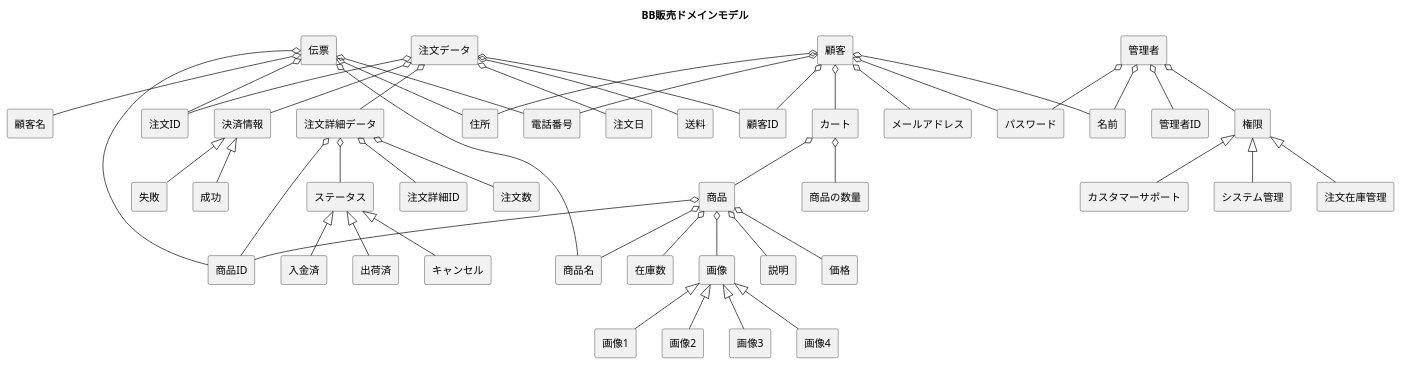
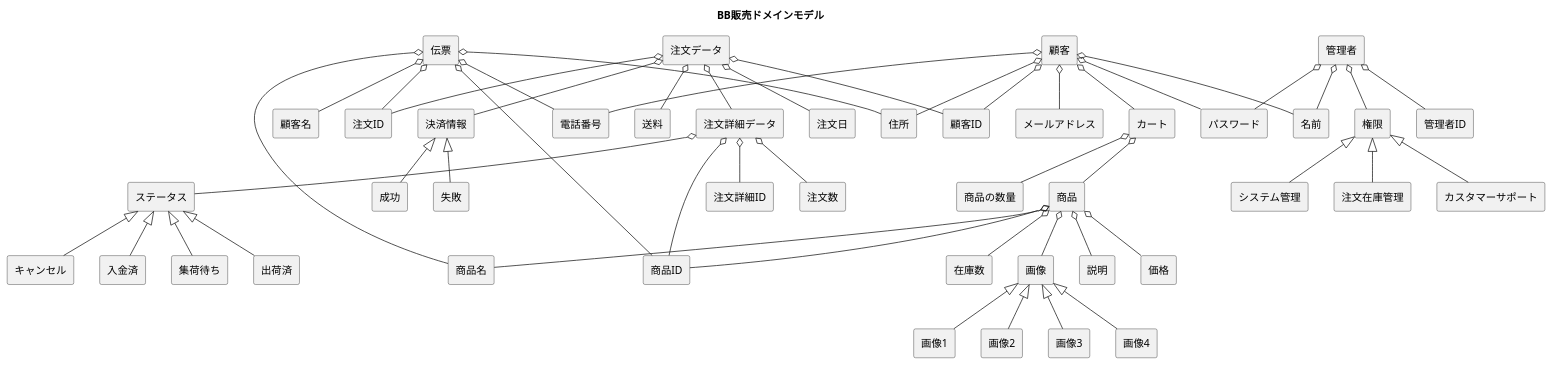
The diagram in BB/domain.pu (FujikawaHirono0520/group3_1_dogdog), drawn with PlantUML before and after one commit.

```diff
--- a/BB/domain.pu
+++ b/BB/domain.pu
@@ -1,82 +1,83 @@
 @startuml
 
 title BB販売ドメインモデル
 skinparam componentStyle rectangle
 [顧客] o-- [顧客ID]
 [顧客] o-- [名前]
 [顧客] o-- [住所]
 [顧客] o-- [電話番号]
 [顧客] o-- [メールアドレス]
 [顧客] o-- [パスワード]
 ' [顧客] o-- [注文履歴]
 [顧客] o-- [カート]
 
 [管理者] o-- [管理者ID]
 [管理者] o-- [名前]
 [管理者] o-- [パスワード]
 [管理者] o-- [権限]
 
 [権限] <|-- [システム管理]
 [権限] <|-- [注文在庫管理]
 [権限] <|-- [カスタマーサポート]
 
 ' 顧客に表示される情報
 ' [注文履歴] o-- [注文データ]
 ' [注文履歴] o-- [顧客ID]
 ' [注文履歴] o-- [注文ID]
 ' [注文履歴] o-- [注文日]
 ' [注文履歴] o-- [商品ID]
 ' [注文履歴] o-- [商品名]
 ' [注文履歴] o-- [ステータス]
 
 
 [カート] o-- [商品]
 ' [カート] o-- [商品ID]
 ' [カート] o-- [商品名]
 ' [カート] o-- [商品価格]
 ' 画像は商品に設定された画像1
 ' [カート] o-- [画像1]
 [カート] o-- [商品の数量]
 
 ' 注文在庫管理者に表示される情報
 [注文データ] o-- [注文ID]
 [注文データ] o-- [顧客ID]
 [注文データ] o-- [注文詳細データ]
 [注文データ] o-- [注文日]
 [注文データ] o-- [送料]
 [注文データ] o-- [決済情報]
 
 [注文詳細データ] o-- [注文詳細ID]
 [注文詳細データ] o-- [商品ID]
 [注文詳細データ] o-- [注文数]
 [注文詳細データ] o-- [ステータス]
 
 [ステータス] <|-- [入金済]
+[ステータス] <|-- [集荷待ち] 
 [ステータス] <|-- [出荷済]
 [ステータス] <|-- [キャンセル]
 
 ' 配送用の伝票に印字される情報
 [伝票] o-- [注文ID]
 [伝票] o-- [商品ID]
 [伝票] o-- [商品名]
 [伝票] o-- [顧客名]
 [伝票] o-- [住所]
 [伝票] o-- [電話番号]
 
 [決済情報] <|-- [成功]
 [決済情報] <|-- [失敗]
 
 ' 商品ページ用
 [商品] o-- [商品ID]
 [商品] o-- [商品名]
 [商品] o-- [説明]
 [商品] o-- [価格]
 [商品] o-- [在庫数]
 ' 画像1はNOT NULL
 [商品] o-- [画像]
 [画像] <|-- [画像1]
 [画像] <|-- [画像2]
 [画像] <|-- [画像3]
 [画像] <|-- [画像4]
 
 @enduml
```
